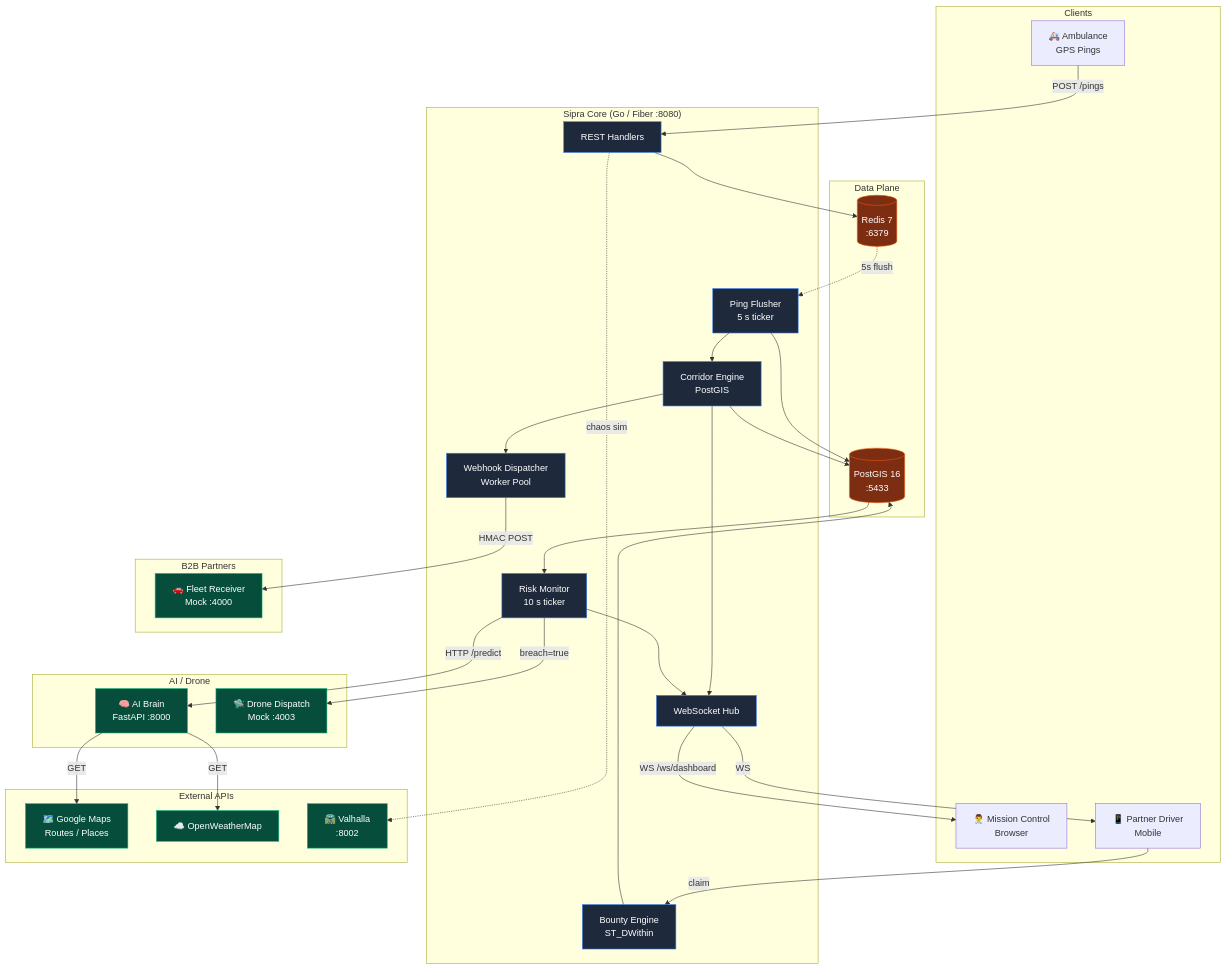
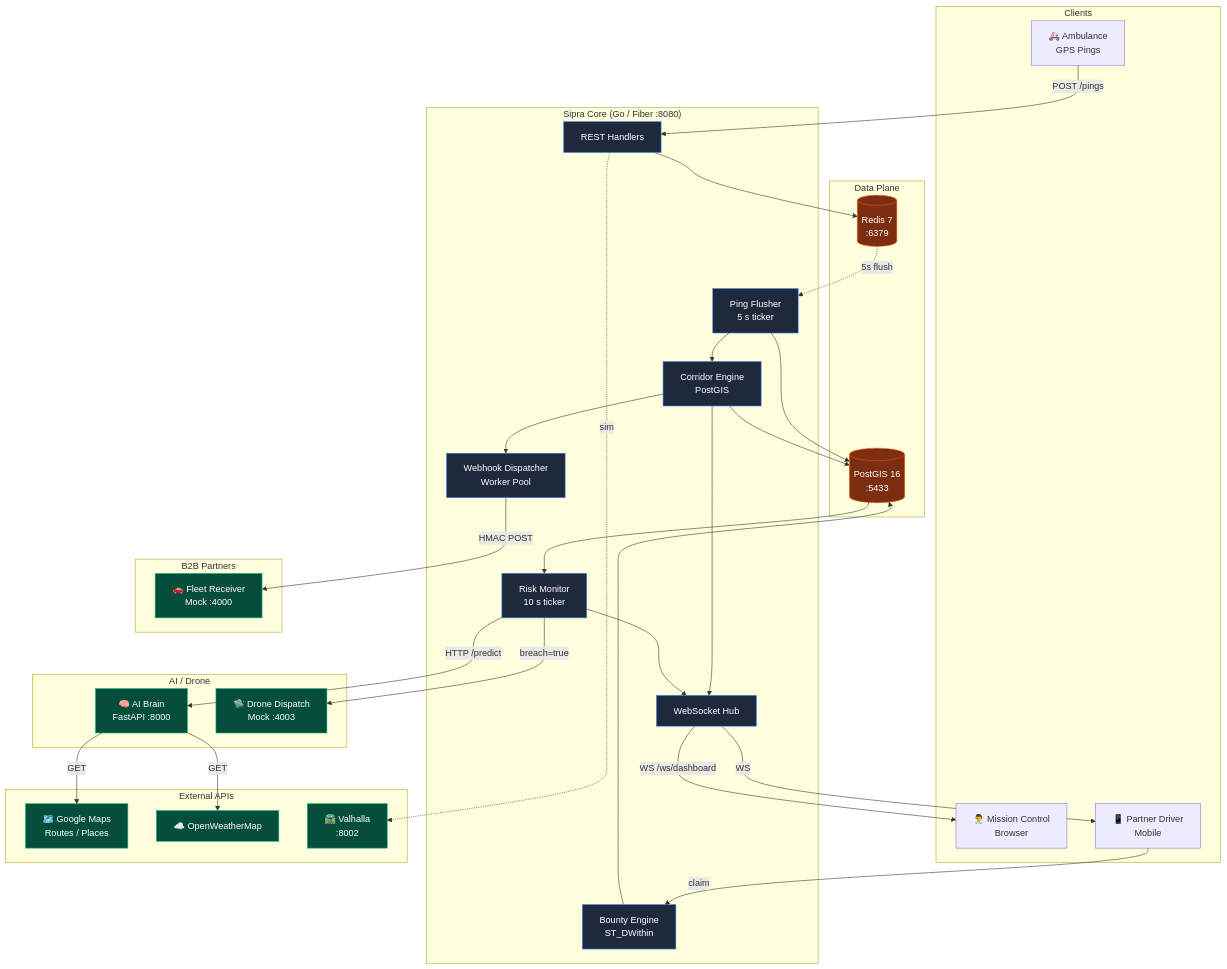
Before and after one commit to devansh-125/Sipra2.0: the first of 6 diagrams in README.md, drawn with Mermaid. The commit also changed other lines of this file and 138 other files, not shown here.

````diff
--- a/README.md
+++ b/README.md
@@ -148,66 +148,66 @@
 ```mermaid
 graph TB
     subgraph Clients
         AMB[🚑 Ambulance<br/>GPS Pings]
         OPS[👨‍⚕️ Mission Control<br/>Browser]
         DRV[📱 Partner Driver<br/>Mobile]
     end
 
     subgraph "Sipra Core (Go / Fiber :8080)"
         REST[REST Handlers]
         WSHUB[WebSocket Hub]
         FLUSH[Ping Flusher<br/>5 s ticker]
         CORR[Corridor Engine<br/>PostGIS]
         RISK[Risk Monitor<br/>10 s ticker]
         WHK[Webhook Dispatcher<br/>Worker Pool]
         BNT[Bounty Engine<br/>ST_DWithin]
     end
 
     subgraph "Data Plane"
         REDIS[(Redis 7<br/>:6379)]
         PG[(PostGIS 16<br/>:5433)]
     end
 
     subgraph "AI / Drone"
         AI[🧠 AI Brain<br/>FastAPI :8000]
         DRONE[🛸 Drone Dispatch<br/>Mock :4003]
     end
 
     subgraph "B2B Partners"
         FLEET[🚗 Fleet Receiver<br/>Mock :4000]
     end
 
     subgraph "External APIs"
         GMAPS[🗺️ Google Maps<br/>Routes / Places]
         OWM[☁️ OpenWeatherMap]
         VAL[🛣️ Valhalla<br/>:8002]
     end
 
     AMB -->|POST /pings| REST
     REST --> REDIS
     REDIS -.5s flush.-> FLUSH
     FLUSH --> PG
     FLUSH --> CORR
     CORR --> PG
     CORR --> WSHUB
     CORR --> WHK
     WHK -->|HMAC POST| FLEET
     PG --> RISK
     RISK -->|HTTP /predict| AI
     AI -->|GET| GMAPS
     AI -->|GET| OWM
     RISK -->|breach=true| DRONE
     RISK --> WSHUB
     WSHUB -->|WS /ws/dashboard| OPS
     WSHUB -->|WS| DRV
     DRV -->|claim| BNT
     BNT --> PG
-    REST -.chaos sim.-> VAL
+    REST -.sim.-> VAL
 
     classDef core fill:#1e293b,stroke:#3b82f6,color:#fff
     classDef data fill:#7c2d12,stroke:#ea580c,color:#fff
     classDef ext  fill:#064e3b,stroke:#10b981,color:#fff
     class REST,WSHUB,FLUSH,CORR,RISK,WHK,BNT core
     class REDIS,PG data
     class AI,DRONE,FLEET,GMAPS,OWM,VAL ext
 ```
````
